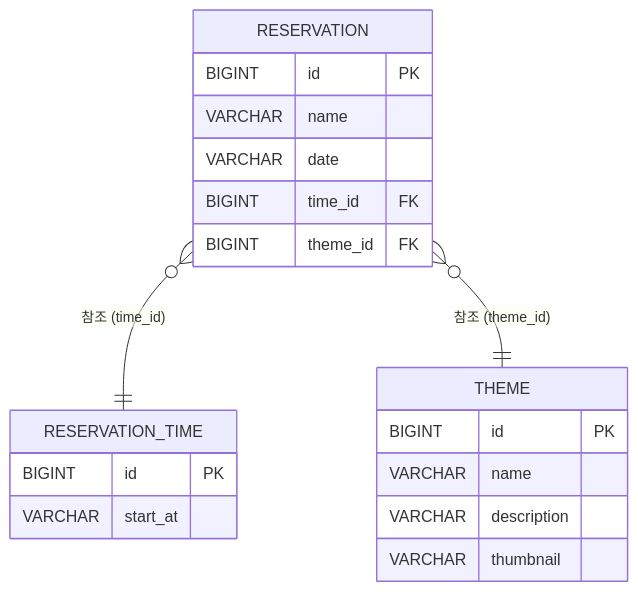
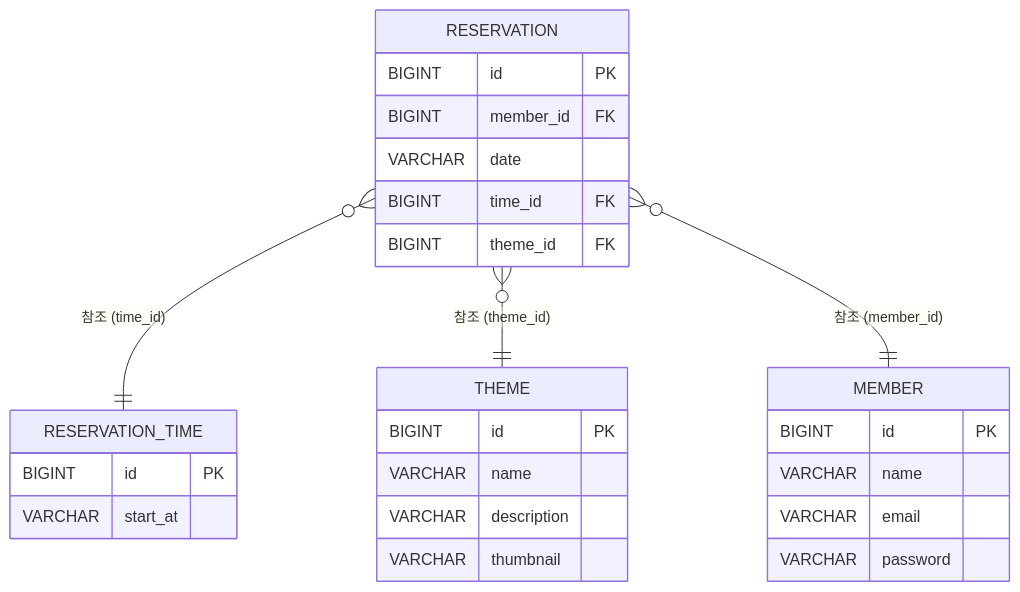
One commit to haechanmoon/spring-roomescape-auth changed the diagram in README.md. Above: the diagram before and after it, drawn with Mermaid. The commit also changed other lines of this file, not shown here.

First line of the commit message:
docs: README Cycle3 기능 구현 목록 및 ERD 업데이트

````diff
--- a/README.md
+++ b/README.md
@@ -28,25 +28,33 @@
 ```mermaid
 erDiagram
     THEME {
         BIGINT id PK
         VARCHAR name
         VARCHAR description
         VARCHAR thumbnail
     }
 
     RESERVATION_TIME {
         BIGINT id PK
         VARCHAR start_at
     }
 
+    MEMBER {
+        BIGINT id PK
+        VARCHAR name
+        VARCHAR email
+        VARCHAR password
+    }
+
     RESERVATION {
         BIGINT id PK
-        VARCHAR name
+        BIGINT member_id FK
         VARCHAR date
         BIGINT time_id FK
         BIGINT theme_id FK
     }
 
     RESERVATION }o--|| RESERVATION_TIME: "참조 (time_id)"
     RESERVATION }o--|| THEME: "참조 (theme_id)"
+    RESERVATION }o--|| MEMBER: "참조 (member_id)"
 ```
````
